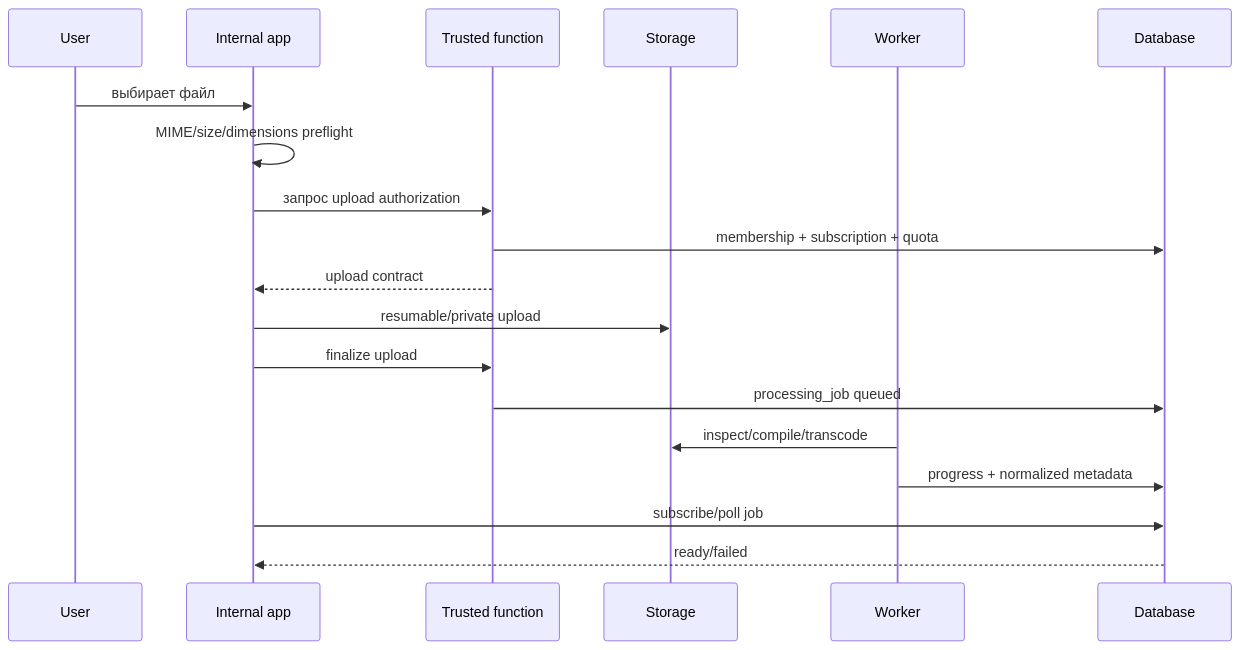
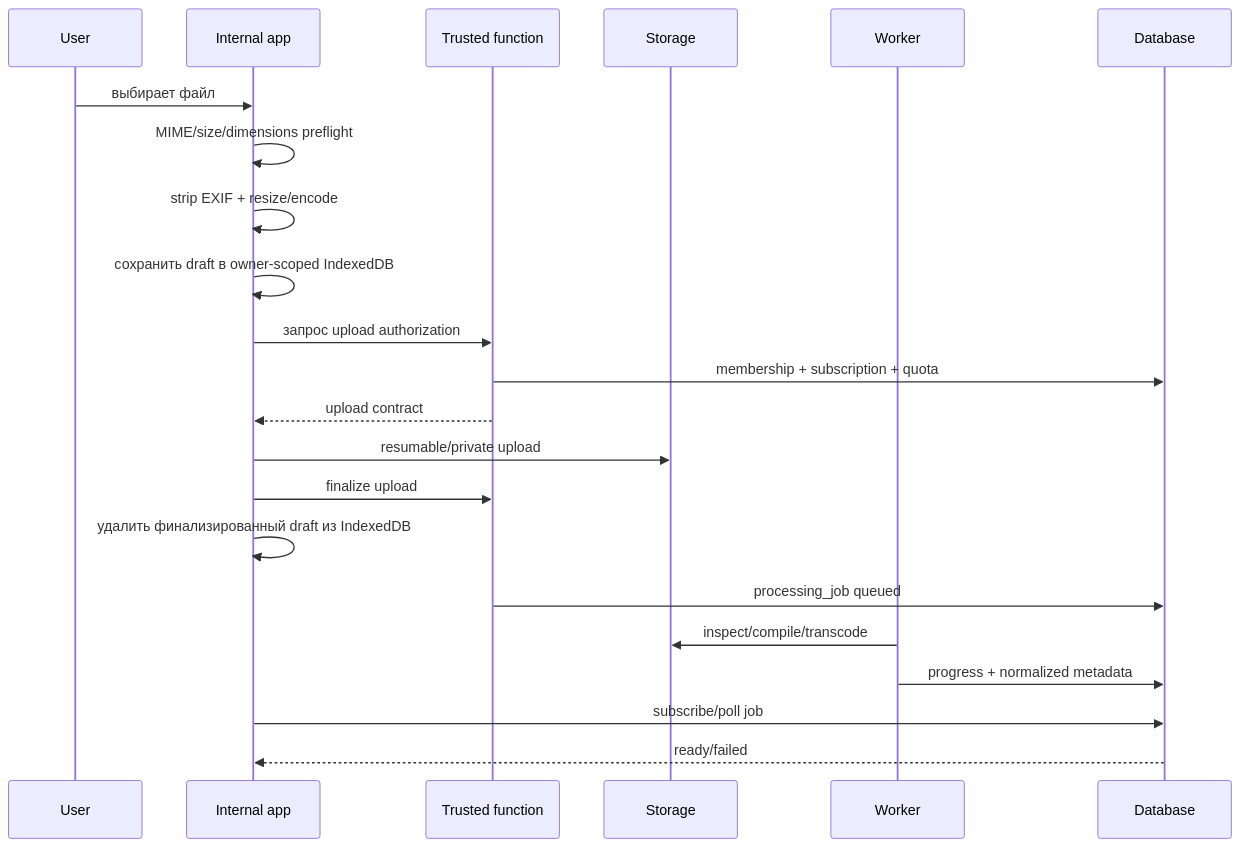
One commit to abdulkadyrov/ar.photo changed the fourth of 4 diagrams in ARCHITECTURE.md. Above: the diagram before and after it, drawn with Mermaid. The commit also changed other lines of this file and 14 other files, not shown here.

````diff
--- a/ARCHITECTURE.md
+++ b/ARCHITECTURE.md
@@ -277,21 +277,24 @@
 ```mermaid
 sequenceDiagram
   participant U as User
   participant A as Internal app
   participant F as Trusted function
   participant S as Storage
   participant W as Worker
   participant D as Database
   U->>A: выбирает файл
   A->>A: MIME/size/dimensions preflight
+  A->>A: strip EXIF + resize/encode
+  A->>A: сохранить draft в owner-scoped IndexedDB
   A->>F: запрос upload authorization
   F->>D: membership + subscription + quota
   F-->>A: upload contract
   A->>S: resumable/private upload
   A->>F: finalize upload
+  A->>A: удалить финализированный draft из IndexedDB
   F->>D: processing_job queued
   W->>S: inspect/compile/transcode
   W->>D: progress + normalized metadata
   A->>D: subscribe/poll job
   D-->>A: ready/failed
 ```
````
